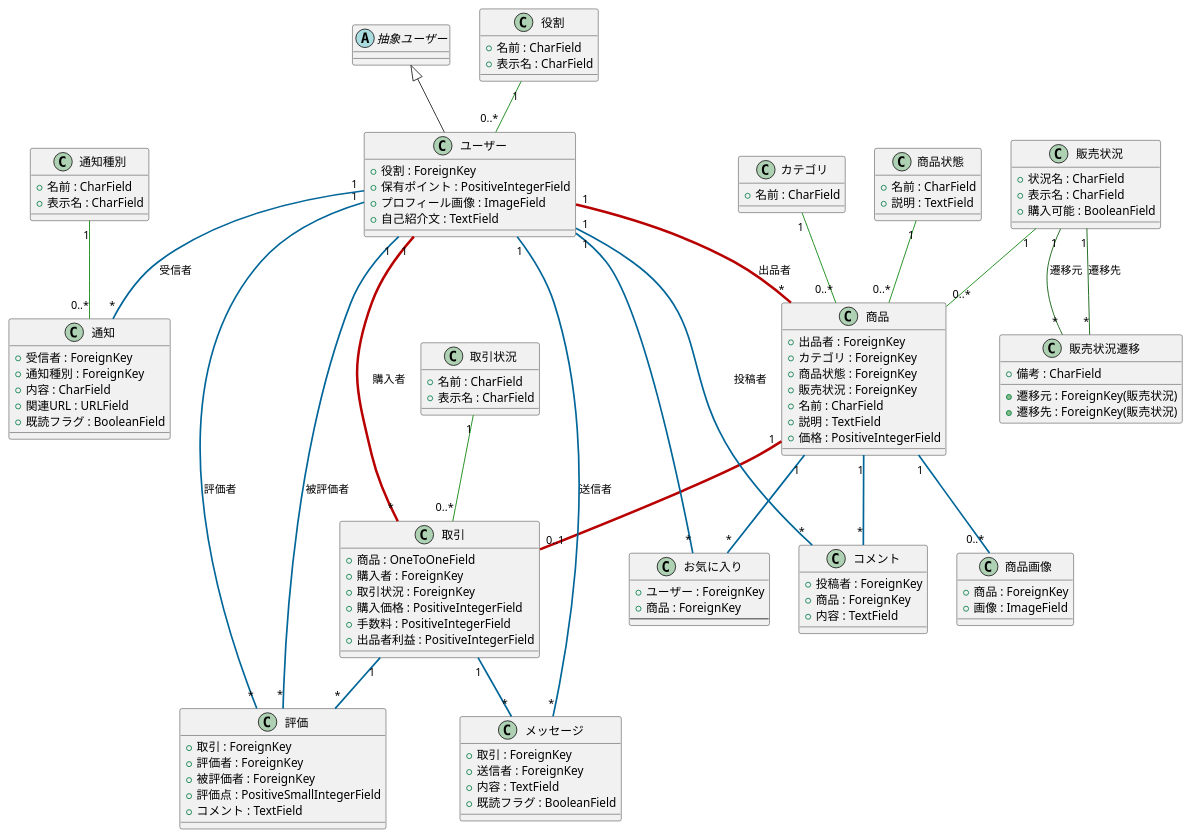
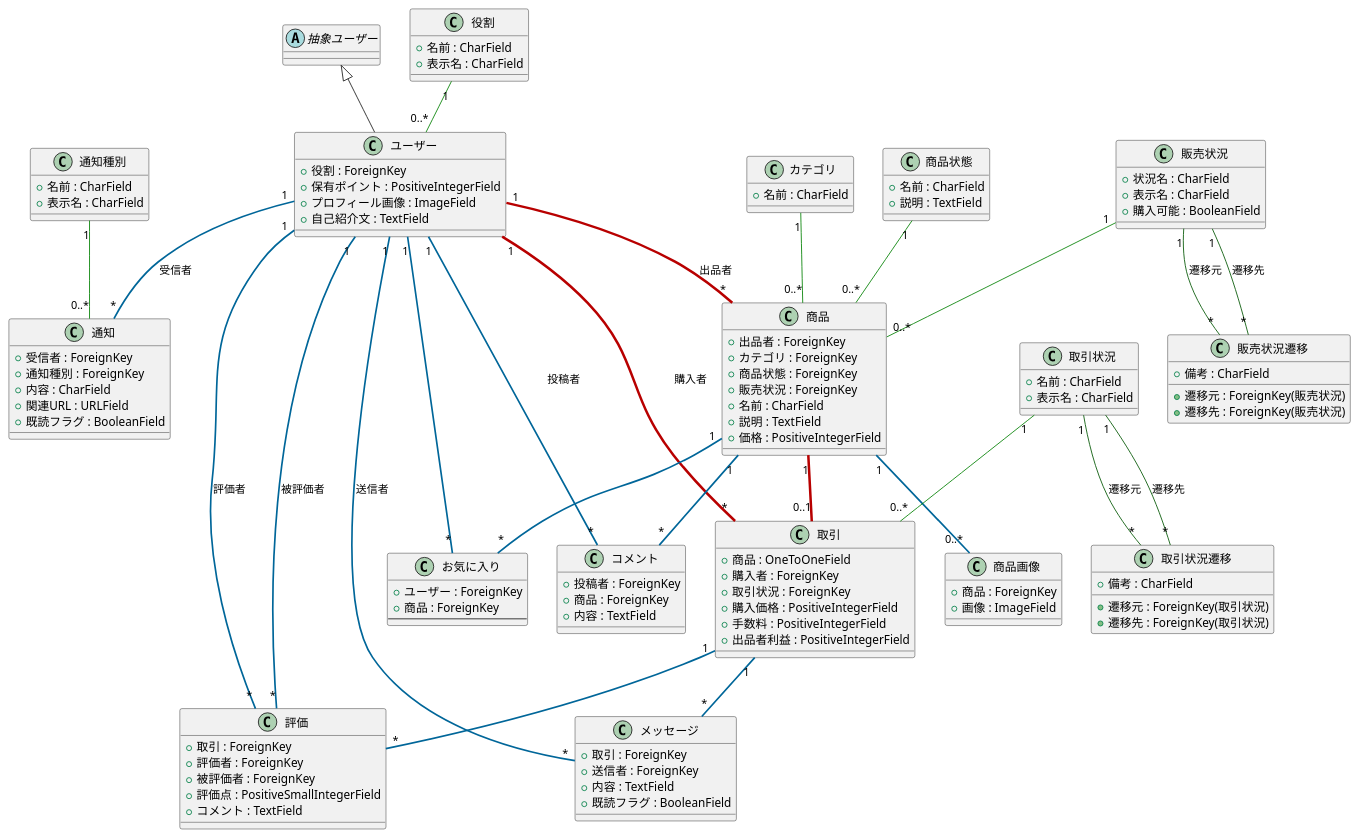
One commit to kairi-fujii/PythonSystemDevelopment changed the diagram in Design/ClassDiagram_LogicalName.pu. Above: the diagram before and after it, drawn with PlantUML. The commit also changed 21 other files, not shown here.

```diff
--- a/Design/ClassDiagram_LogicalName.pu
+++ b/Design/ClassDiagram_LogicalName.pu
@@ -1,154 +1,162 @@
 @startuml Japanese_Model
 
 ' === デザイン調整 (skinparam) ===
 skinparam {
     BackgroundColor #FFFFFF, ArrowColor #505050, shadowing false,
     ClassAttributeIconSize 0, ClassBorderColor #333333, ClassBackgroundColor #FFFFF0,
 }
 
 ' === エンティティ定義 (実装の境界線を排除) ===
 
 abstract class "抽象ユーザー" as AbstractUser
 
 class 役割 {
     + 名前 : CharField
     + 表示名 : CharField
 }
 
 class ユーザー {
     + 役割 : ForeignKey
     + 保有ポイント : PositiveIntegerField
     + プロフィール画像 : ImageField
     + 自己紹介文 : TextField
 }
 
 class カテゴリ {
     + 名前 : CharField
 }
 
 class 商品状態 {
     + 名前 : CharField
     + 説明 : TextField
 }
 
 class 販売状況 {
     + 状況名 : CharField
     + 表示名 : CharField
     + 購入可能 : BooleanField
 }
+class 販売状況遷移 {
+    + 遷移元 : ForeignKey(販売状況)
+    + 遷移先 : ForeignKey(販売状況)
+    + 備考 : CharField
+}
 
 class 取引状況 {
     + 名前 : CharField
     + 表示名 : CharField
 }
 
-class 販売状況遷移 {
-    + 遷移元 : ForeignKey(販売状況)
-    + 遷移先 : ForeignKey(販売状況)
+class 取引状況遷移 {
+    + 遷移元 : ForeignKey(取引状況)
+    + 遷移先 : ForeignKey(取引状況)
     + 備考 : CharField
 }
 
 class 通知種別 {
     + 名前 : CharField
     + 表示名 : CharField
 }
 
 class 商品 {
     + 出品者 : ForeignKey
     + カテゴリ : ForeignKey
     + 商品状態 : ForeignKey
     + 販売状況 : ForeignKey
     + 名前 : CharField
     + 説明 : TextField
     + 価格 : PositiveIntegerField
 }
 
 class 商品画像 {
     + 商品 : ForeignKey
     + 画像 : ImageField
 }
 
 class 取引 {
     + 商品 : OneToOneField
     + 購入者 : ForeignKey
     + 取引状況 : ForeignKey
     + 購入価格 : PositiveIntegerField
     + 手数料 : PositiveIntegerField
     + 出品者利益 : PositiveIntegerField
 }
 
 class コメント {
     + 投稿者 : ForeignKey
     + 商品 : ForeignKey
     + 内容 : TextField
 }
 
 class お気に入り {
     + ユーザー : ForeignKey
     + 商品 : ForeignKey
     --
 }
 
 class メッセージ {
     + 取引 : ForeignKey
     + 送信者 : ForeignKey
     + 内容 : TextField
     + 既読フラグ : BooleanField
 }
 
 class 評価 {
     + 取引 : ForeignKey
     + 評価者 : ForeignKey
     + 被評価者 : ForeignKey
     + 評価点 : PositiveSmallIntegerField
     + コメント : TextField
 }
 
 class 通知 {
     + 受信者 : ForeignKey
     + 通知種別 : ForeignKey
     + 内容 : CharField
     + 関連URL : URLField
     + 既読フラグ : BooleanField
 }
 
 
 ' --- モデル間のリレーションを定義 ---
 
 AbstractUser <|-- ユーザー
 
 ' ■ accounts内の関連
 役割 "1" -[#008000,thickness=1]- "0..*" ユーザー
 
 ' ■ 主要な関連
 ユーザー "1" -[#B80000,thickness=3]- "*" 商品 : 出品者
 ユーザー "1" -[#B80000,thickness=3]- "*" 取引 : 購入者
 商品 "1" -[#B80000,thickness=3]- "0..1" 取引
 
 ' ■ 従属的な関連
 ユーザー "1" -[#006699,thickness=2]- "*" コメント : 投稿者
 ユーザー "1" -[#006699,thickness=2]- "*" お気に入り
 ユーザー "1" -[#006699,thickness=2]- "*" メッセージ : 送信者
 ' 評価者と被評価者は必須
 ユーザー "1" -[#006699,thickness=2]- "*" 評価 : 評価者
 ユーザー "1" -[#006699,thickness=2]- "*" 評価 : 被評価者
 ユーザー "1" -[#006699,thickness=2]- "*" 通知 : 受信者
 
 商品 "1" -[#006699,thickness=2]- "*" コメント
 商品 "1" -[#006699,thickness=2]- "*" お気に入り
 商品 "1" -[#006699,thickness=2]- "0..*" 商品画像
 
 取引 "1" -[#006699,thickness=2]- "*" メッセージ
 取引 "1" -[#006699,thickness=2]- "*" 評価
 
 ' ■ マスタ参照の関連
 カテゴリ "1" -[#008000,thickness=1]- "0..*" 商品
 商品状態 "1" -[#008000,thickness=1]- "0..*" 商品
 販売状況 "1" -[#008000,thickness=1]- "0..*" 商品
 取引状況 "1" -[#008000,thickness=1]- "0..*" 取引
 通知種別 "1" -[#008000,thickness=1]- "0..*" 通知
 
 販売状況 "1" -[#005500,thickness=1]- "*" 販売状況遷移 : 遷移元
 販売状況 "1" -[#005500,thickness=1]- "*" 販売状況遷移 : 遷移先
 
+取引状況 "1" -[#005500,thickness=1]- "*" 取引状況遷移 : 遷移元
+取引状況 "1" -[#005500,thickness=1]- "*" 取引状況遷移 : 遷移先
+
 @enduml
```
